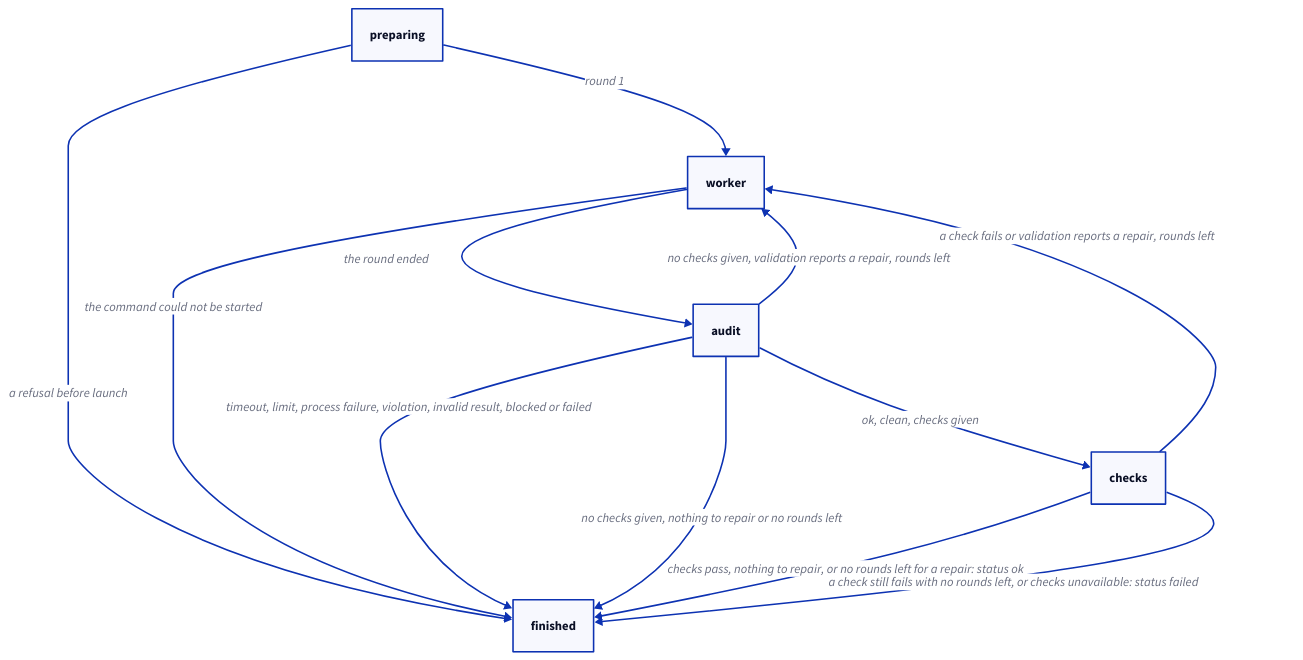
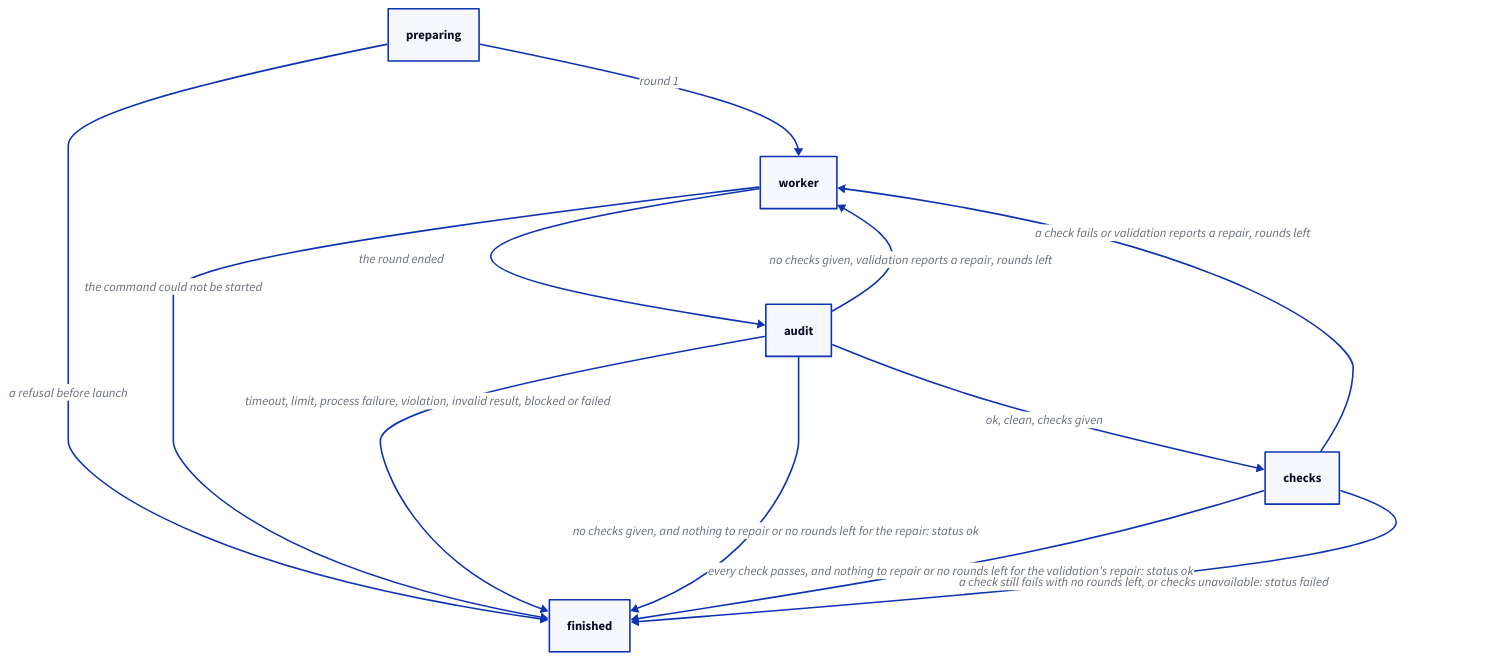
The diagram in specs/concorde/execution/workers/launch.md (FTOD/concorde), drawn with D2 before and after one commit. The commit also changed other lines of this file and 12 other files, not shown here.

````diff
--- a/specs/concorde/execution/workers/launch.md
+++ b/specs/concorde/execution/workers/launch.md
@@ -93,18 +93,18 @@
 ```d2 illustrative
 preparing
 worker
 audit
 checks
 finished
 preparing -> worker: round 1
 preparing -> finished: a refusal before launch
 worker -> finished: the command could not be started
 worker -> audit: the round ended
 audit -> finished: timeout, limit, process failure, violation, invalid result, blocked or failed
 audit -> checks: ok, clean, checks given
 audit -> worker: no checks given, validation reports a repair, rounds left
-audit -> finished: no checks given, nothing to repair or no rounds left
+audit -> finished: "no checks given, and nothing to repair or no rounds left for the repair: status ok"
 checks -> worker: a check fails or validation reports a repair, rounds left
-checks -> finished: "checks pass, nothing to repair, or no rounds left for a repair: status ok"
+checks -> finished: "every check passes, and nothing to repair or no rounds left for the validation's repair: status ok"
 checks -> finished: "a check still fails with no rounds left, or checks unavailable: status failed"
 ```
````
